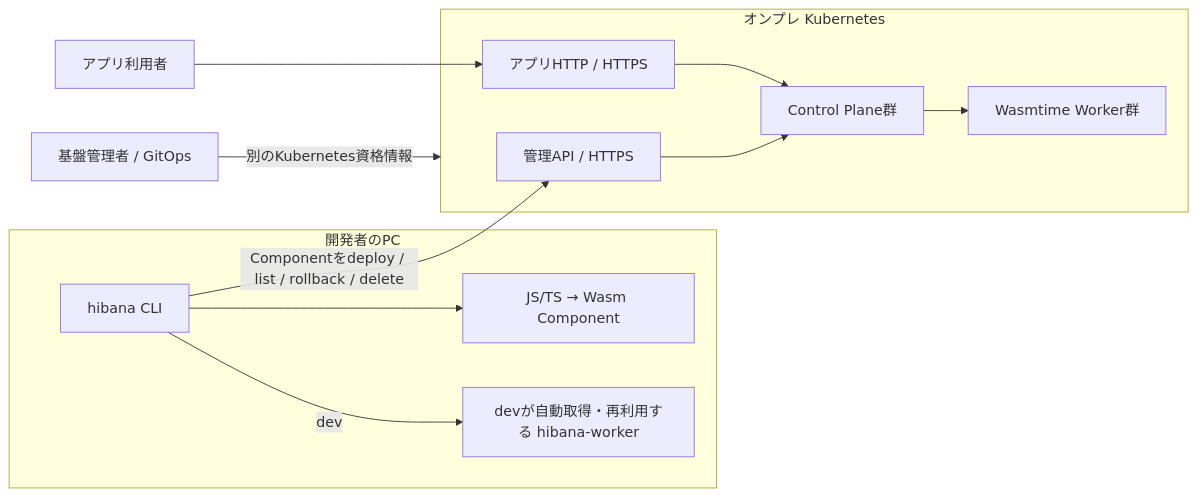
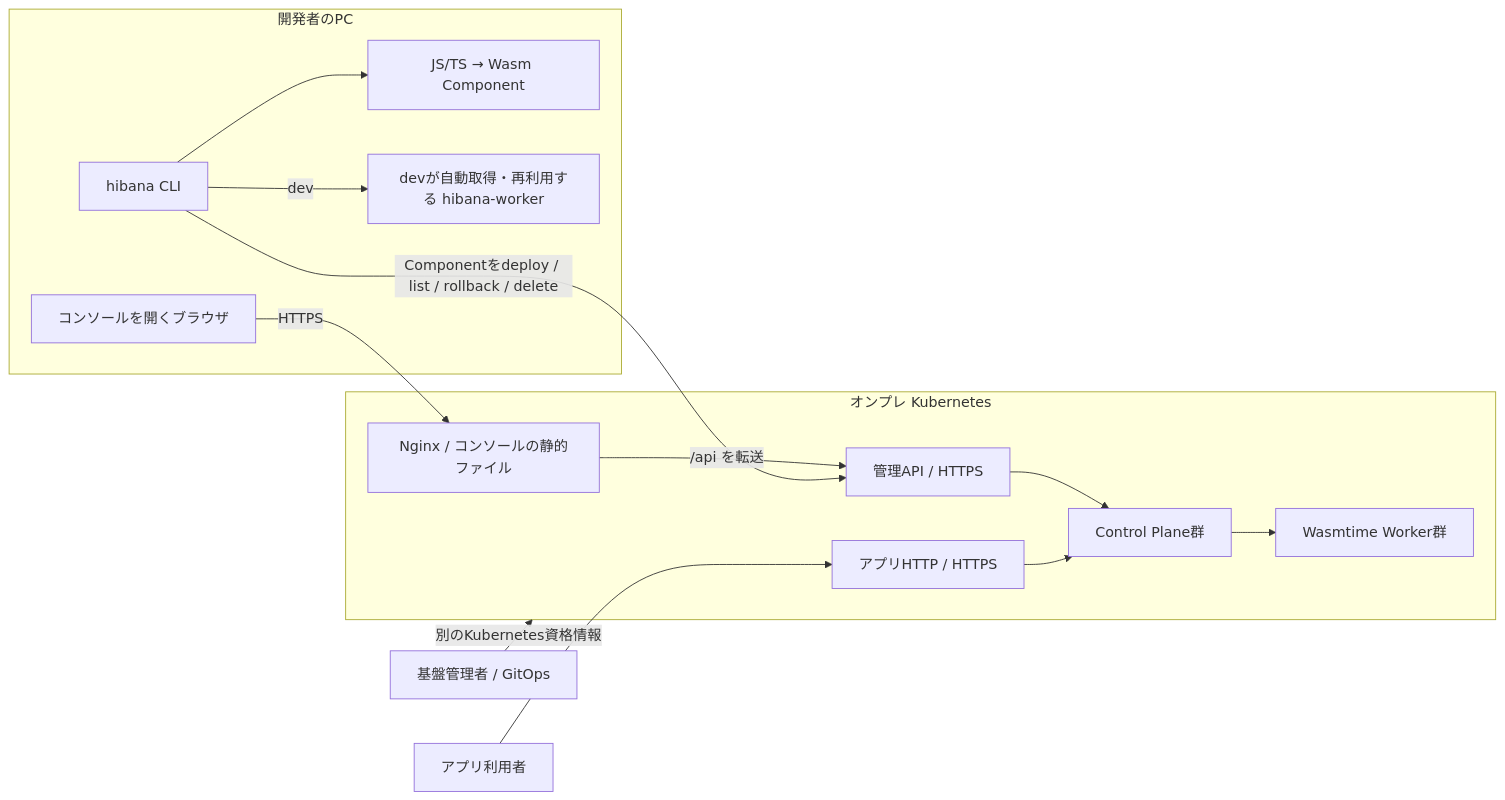
Before and after one commit to yukiharada1228/hibana: the diagram in docs/remote-cli.md, drawn with Mermaid. The commit also changed other lines of this file and 290 other files, not shown here.

````diff
--- a/docs/remote-cli.md
+++ b/docs/remote-cli.md
@@ -7,22 +7,26 @@
 ```mermaid
 flowchart LR
   subgraph PC[開発者のPC]
     CLI[hibana CLI]
+    ConsoleBrowser[コンソールを開くブラウザ]
     Build[JS/TS → Wasm Component]
     Dev[devが自動取得・再利用する hibana-worker]
     CLI --> Build
     CLI -->|dev| Dev
   end
   subgraph Site[オンプレ Kubernetes]
     API[管理API / HTTPS]
     Apps[アプリHTTP / HTTPS]
     CP[Control Plane群]
     Workers[Wasmtime Worker群]
+    Console[Nginx / コンソールの静的ファイル]
+    Console -->|/api を転送| API
     API --> CP
     Apps --> CP
     CP --> Workers
   end
   CLI -->|Componentをdeploy / list / rollback / delete| API
+  ConsoleBrowser -->|HTTPS| Console
   Browser[アプリ利用者] --> Apps
   Operator[基盤管理者 / GitOps] -->|別のKubernetes資格情報| Site
 ```
````
